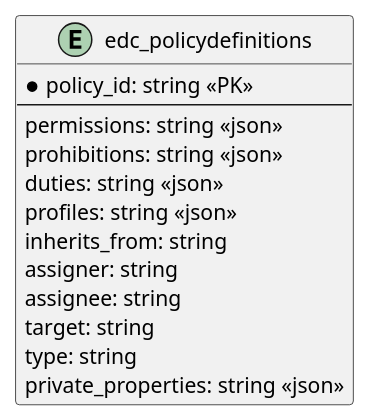
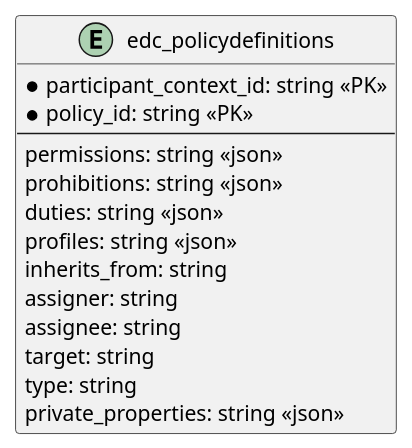
One commit to eclipse-edc/Connector changed the diagram in extensions/control-plane/store/sql/policy-definition-store-sql/docs/er.puml. Above: the diagram before and after it, drawn with PlantUML. The commit also changed 82 other files, not shown here.

```diff
--- a/extensions/control-plane/store/sql/policy-definition-store-sql/docs/er.puml
+++ b/extensions/control-plane/store/sql/policy-definition-store-sql/docs/er.puml
@@ -13,16 +13,17 @@
 @startuml
 entity edc_policydefinitions {
+  * participant_context_id: string <<PK>>
   * policy_id: string <<PK>>
   --
   permissions: string <<json>>
   prohibitions: string <<json>>
   duties: string <<json>>
   profiles: string <<json>>
   inherits_from: string
   assigner: string
   assignee: string
   target: string
   type: string
   private_properties: string <<json>>
 }
 @enduml
```
